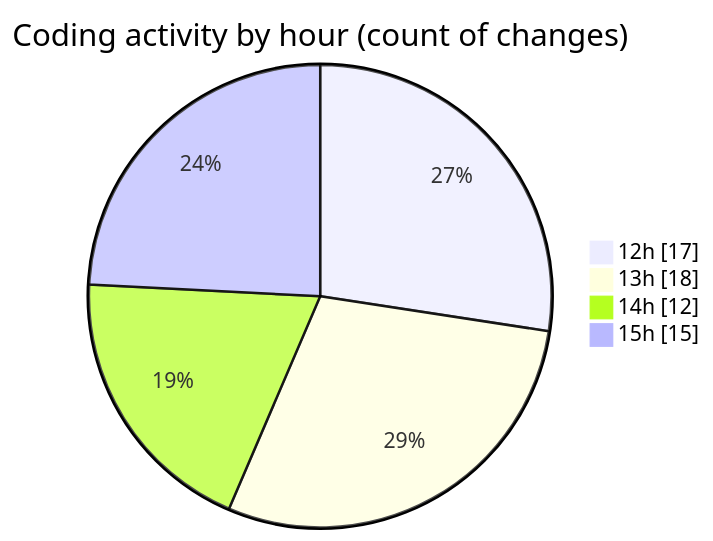
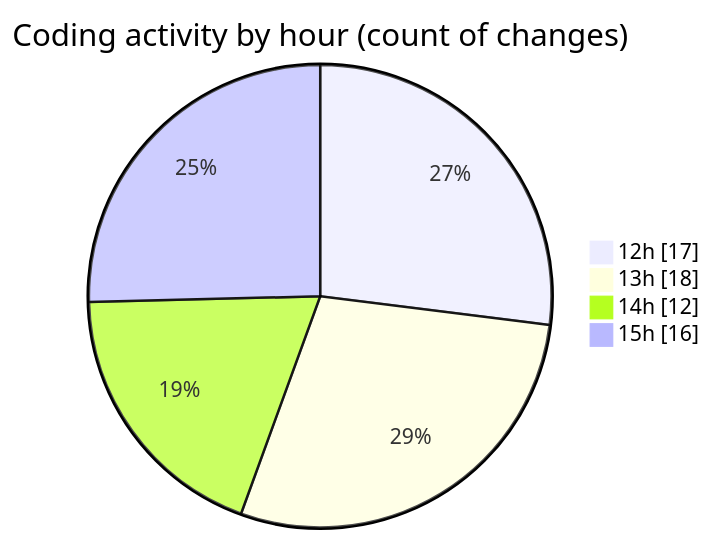
Before and after one commit to CELIANVF/code-tracking: the second of 2 diagrams in 2025-06-01/video_app/README.md, drawn with Mermaid. The commit also changed other lines of this file and 1 other file, not shown here.

````diff
--- a/2025-06-01/video_app/README.md
+++ b/2025-06-01/video_app/README.md
@@ -38,8 +38,8 @@
 ```mermaid
 pie showData
 title Coding activity by hour (count of changes)
 "12h" : 17
 "13h" : 18
 "14h" : 12
-"15h" : 15
+"15h" : 16
 ```
````
